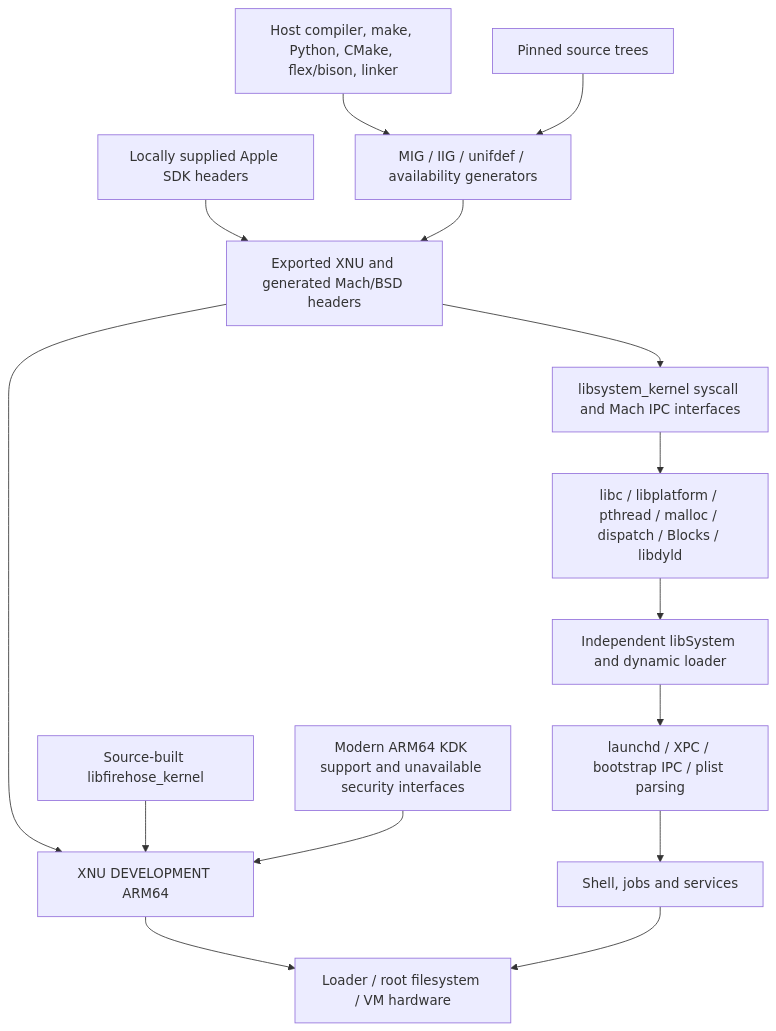
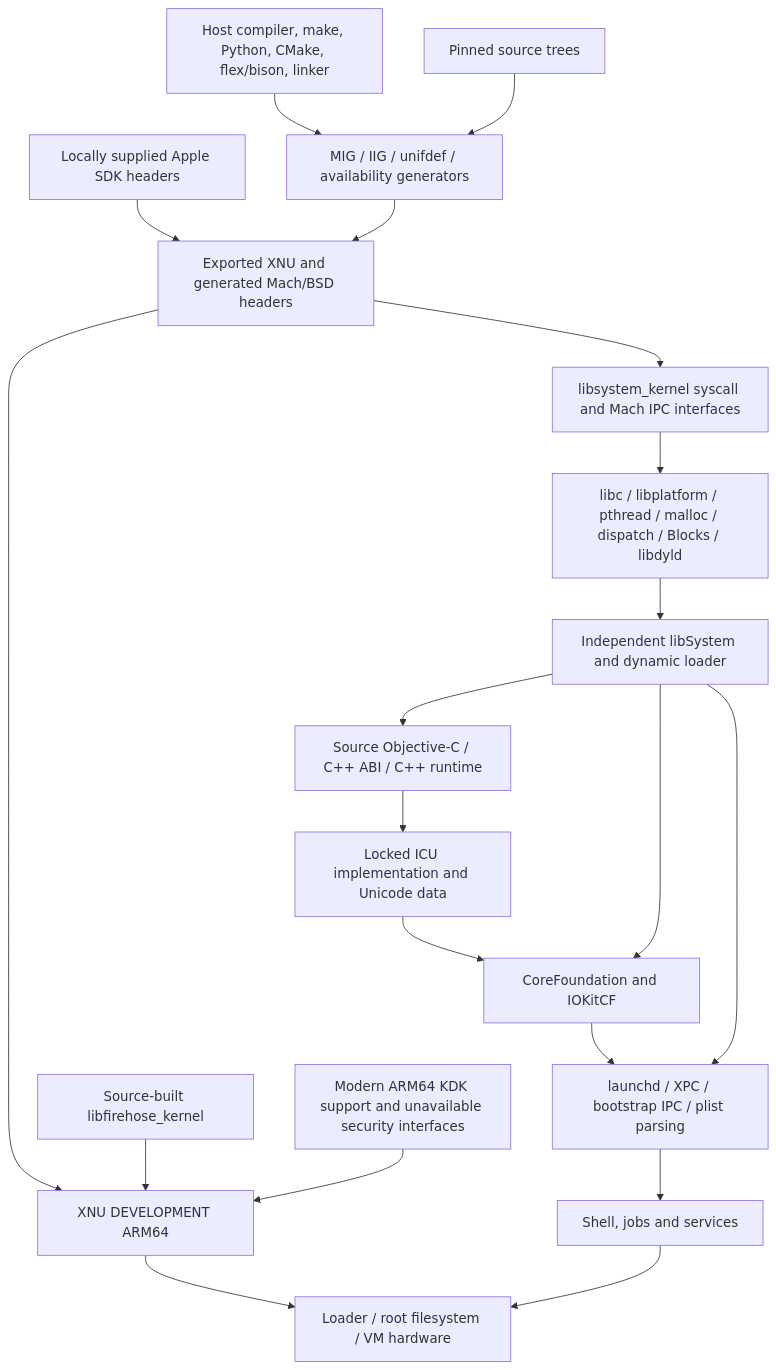
The diagram in docs/audits/source-dependencies.md (joeblau/blauos), drawn with Mermaid before and after one commit. The commit also changed other lines of this file and 62 other files, not shown here.

Commit message:
Build initialized source ARM64 runtime, launchd, DNS and functional probes

````diff
--- a/docs/audits/source-dependencies.md
+++ b/docs/audits/source-dependencies.md
@@ -37,17 +37,22 @@
 ```mermaid
 flowchart TD
     HOST[Host compiler, make, Python, CMake, flex/bison, linker] --> MIG[MIG / IIG / unifdef / availability generators]
     SRC[Pinned source trees] --> MIG
     SDK[Locally supplied Apple SDK headers] --> HEADERS[Exported XNU and generated Mach/BSD headers]
     MIG --> HEADERS
     HEADERS --> KERNEL[XNU DEVELOPMENT ARM64]
     FIREHOSE[Source-built libfirehose_kernel] --> KERNEL
     SUPPORT[Modern ARM64 KDK support and unavailable security interfaces] --> KERNEL
     HEADERS --> SYSCALL[libsystem_kernel syscall and Mach IPC interfaces]
     SYSCALL --> CORE[libc / libplatform / pthread / malloc / dispatch / Blocks / libdyld]
     CORE --> SYSTEM[Independent libSystem and dynamic loader]
-    SYSTEM --> INIT[launchd / XPC / bootstrap IPC / plist parsing]
+    SYSTEM --> LANG[Source Objective-C / C++ ABI / C++ runtime]
+    LANG --> ICU[Locked ICU implementation and Unicode data]
+    ICU --> CF[CoreFoundation and IOKitCF]
+    SYSTEM --> CF
+    CF --> INIT[launchd / XPC / bootstrap IPC / plist parsing]
+    SYSTEM --> INIT
     INIT --> SHELL[Shell, jobs and services]
     KERNEL --> BOOT[Loader / root filesystem / VM hardware]
     SHELL --> BOOT
 ```
````
